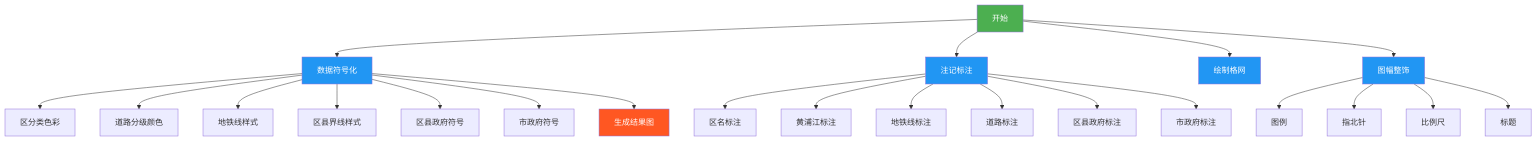
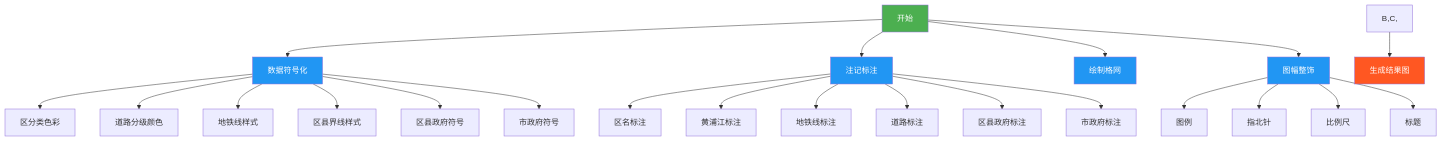
One commit to newguser/iodraw-files changed the diagram in all/未命名.md. Above: the diagram before and after it, drawn with Mermaid.

Commit message:
2025-02-27 10:28:18 update

````diff
--- a/all/未命名.md
+++ b/all/未命名.md
@@ -1,32 +1,32 @@
 ```mermaid
 graph TD
     A[开始] --> B[数据符号化]
     B --> B1[区分类色彩]
     B --> B2[道路分级颜色]
     B --> B3[地铁线样式]
     B --> B4[区县界线样式]
     B --> B5[区县政府符号]
     B --> B6[市政府符号]
 
     A --> C[注记标注]
     C --> C1[区名标注]
     C --> C2[黄浦江标注]
     C --> C3[地铁线标注]
     C --> C4[道路标注]
     C --> C5[区县政府标注]
     C --> C6[市政府标注]
 
     A --> D[绘制格网]
     A --> E[图幅整饰]
     E --> E1[图例]
     E --> E2[指北针]
     E --> E3[比例尺]
     E --> E4[标题]
 
-    B --> F[生成结果图]
+    B,C, --> F[生成结果图]
 
     style A fill:#4CAF50,color:white
     style F fill:#FF5722,color:white
     classDef process fill:#2196F3,color:white;
     class B,C,D,E process
 ```
````
